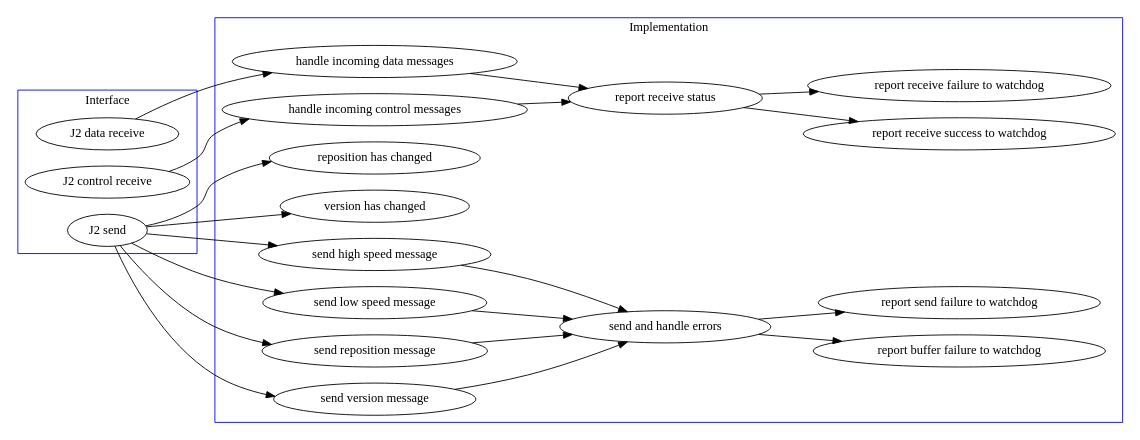
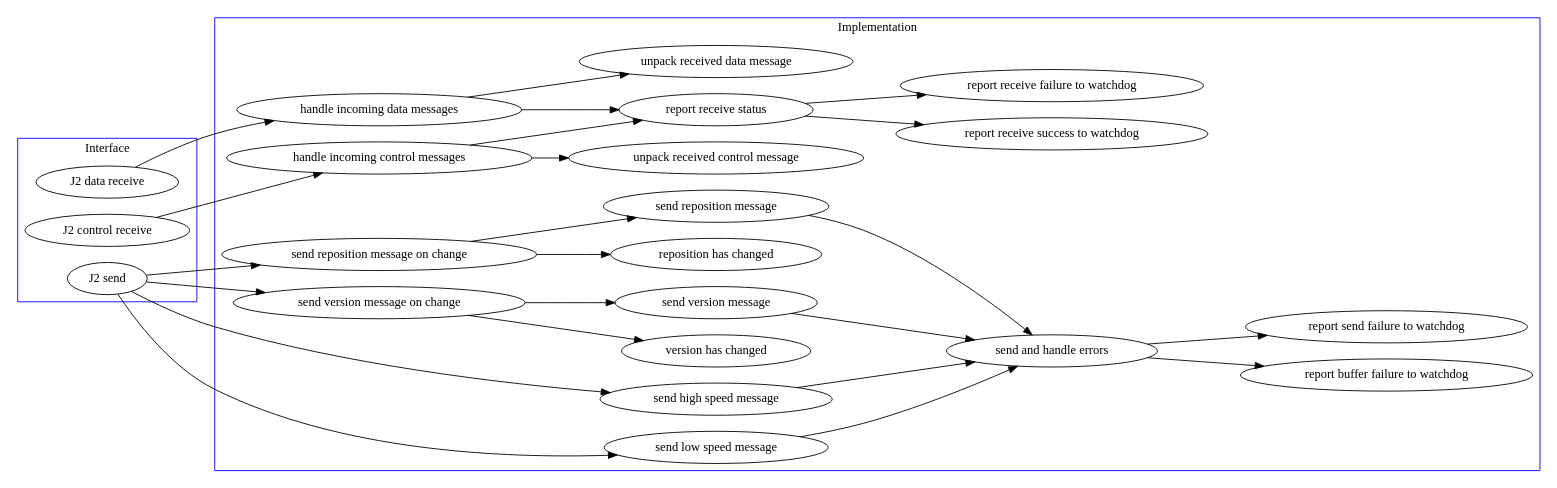
One commit to gheckman/UniLang-rewrite changed the diagram in code/SimHost/Connections/J2/j2_communication.dot. Above: the diagram before and after it, drawn with Graphviz. The commit also changed 4 other files, not shown here.

```diff
--- a/code/SimHost/Connections/J2/j2_communication.dot
+++ b/code/SimHost/Connections/J2/j2_communication.dot
@@ -1,64 +1,72 @@
 digraph j2_communication {
 rankdir=LR
 
 subgraph cluster_interface {
 label = "Interface";
 color=blue;
 rank=1
 "J2 data receive";
 "J2 control receive";
 "J2 send";
 
 }
 
 subgraph cluster_interface {
 label = "Interface";
 color=blue;
 rank=1
 "J2 data receive";
 "J2 control receive";
 "J2 send";
 
 }
 
 subgraph cluster_implementation {
 label = "Implementation";
 color=blue;
 rank=2
 "handle incoming data messages";
 "handle incoming control messages";
+"unpack received control message";
+"unpack received data message";
+"send reposition message on change";
+"send version message on change";
 "reposition has changed";
 "version has changed";
 "send high speed message";
 "send low speed message";
 "send reposition message";
 "send version message";
 "send and handle errors";
 "report receive status";
 "report buffer failure to watchdog";
 "report send failure to watchdog";
 "report receive success to watchdog";
 "report receive failure to watchdog";
 
 }
 
 "J2 data receive" -> "handle incoming data messages";
 "J2 control receive" -> "handle incoming control messages";
 "handle incoming data messages" -> "report receive status";
+"handle incoming data messages" -> "unpack received data message";
 "handle incoming control messages" -> "report receive status";
+"handle incoming control messages" -> "unpack received control message";
 "J2 send" -> "send high speed message";
 "J2 send" -> "send low speed message";
-"J2 send" -> "reposition has changed";
-"J2 send" -> "send reposition message";
-"J2 send" -> "version has changed";
-"J2 send" -> "send version message";
+"J2 send" -> "send reposition message on change";
+"J2 send" -> "send version message on change";
+"send reposition message on change" -> "reposition has changed";
+"send reposition message on change" -> "send reposition message";
+"send version message on change" -> "version has changed";
+"send version message on change" -> "send version message";
 "send high speed message" -> "send and handle errors";
 "send low speed message" -> "send and handle errors";
 "send reposition message" -> "send and handle errors";
 "send version message" -> "send and handle errors";
 "send and handle errors" -> "report buffer failure to watchdog";
 "send and handle errors" -> "report send failure to watchdog";
 "report receive status" -> "report receive failure to watchdog";
 "report receive status" -> "report receive success to watchdog";
 
 }
```
